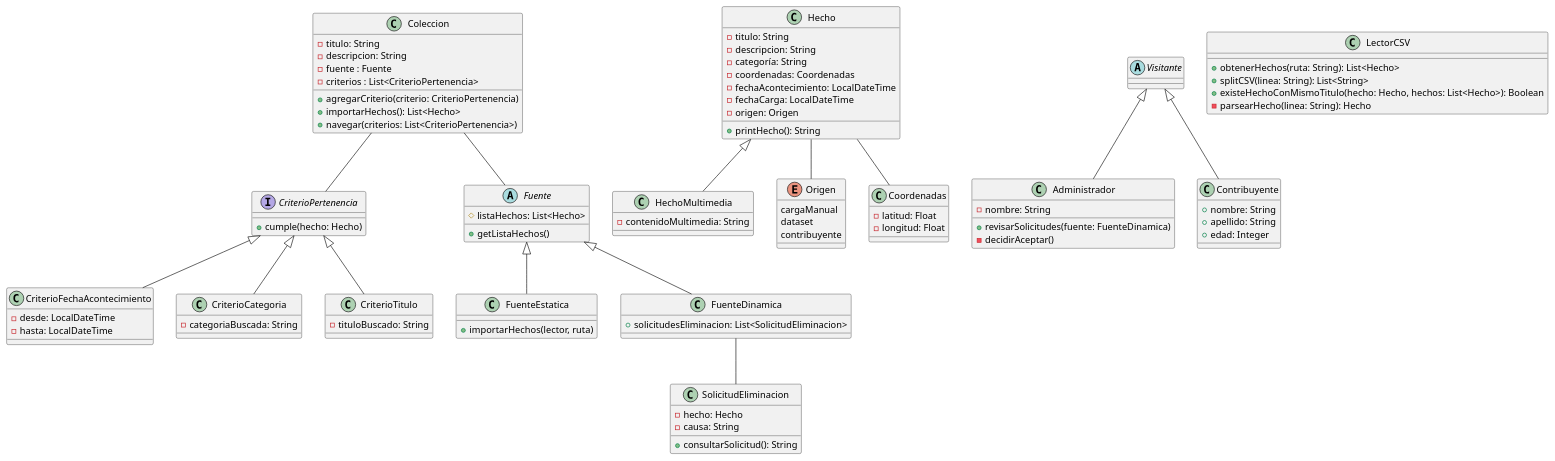
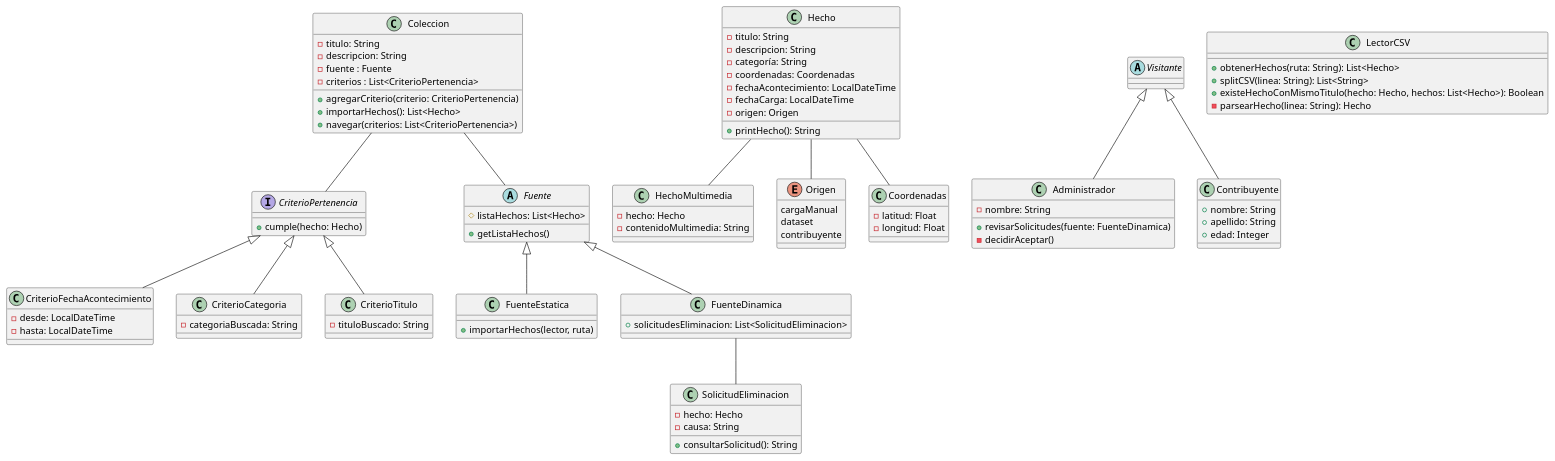
Before and after one commit to jotafabri/metamapa: the diagram in clases.puml, drawn with PlantUML.

Commit message:
Actualizado para que no tome herencia

```diff
--- a/clases.puml
+++ b/clases.puml
@@ -1,105 +1,107 @@
 @startuml
 'https://plantuml.com/class-diagram
 
 class Coleccion {
     - titulo: String
     - descripcion: String
     - fuente : Fuente
     - criterios : List<CriterioPertenencia>
     + agregarCriterio(criterio: CriterioPertenencia)
     + importarHechos(): List<Hecho>
     + navegar(criterios: List<CriterioPertenencia>)
 }
 
 interface CriterioPertenencia {
     + cumple(hecho: Hecho)
 }
 
 class CriterioFechaAcontecimiento extends CriterioPertenencia {
      - desde: LocalDateTime
      - hasta: LocalDateTime
 }
 
 class CriterioCategoria extends CriterioPertenencia {
     - categoriaBuscada: String
 }
 
 class CriterioTitulo extends CriterioPertenencia {
     - tituloBuscado: String
 }
 
 abstract Fuente {
     # listaHechos: List<Hecho>
     + getListaHechos()
 }
 
 class FuenteEstatica extends Fuente {
     + importarHechos(lector, ruta)
 }
 
 class FuenteDinamica extends Fuente {
     + solicitudesEliminacion: List<SolicitudEliminacion>
 }
 
 class Hecho {
     - titulo: String
     - descripcion: String
     - categoría: String
     - coordenadas: Coordenadas
     - fechaAcontecimiento: LocalDateTime
     - fechaCarga: LocalDateTime
     - origen: Origen
     + printHecho(): String
 }
 
-class HechoMultimedia extends Hecho {
-   - contenidoMultimedia: String
+class HechoMultimedia {
+    - hecho: Hecho
+    - contenidoMultimedia: String
 }
 
 enum Origen {
     cargaManual
     dataset
     contribuyente
 }
 
 class Coordenadas {
     - latitud: Float
     - longitud: Float
 }
 
 ' TODO:
 class SolicitudEliminacion {
     - hecho: Hecho
     - causa: String /'debe ser máximo 500 caracteres'/
     + consultarSolicitud(): String
 }
 
 abstract class Visitante {
 }
 
 class Administrador extends Visitante {
     - nombre: String
     + revisarSolicitudes(fuente: FuenteDinamica)
     - decidirAceptar()
 }
 
 class Contribuyente extends Visitante {
     + nombre: String
     + apellido: String
     + edad: Integer
 }
 
 class LectorCSV {
     + obtenerHechos(ruta: String): List<Hecho>
     + splitCSV(linea: String): List<String>
     + existeHechoConMismoTitulo(hecho: Hecho, hechos: List<Hecho>): Boolean
     - parsearHecho(linea: String): Hecho
 }
 
 Hecho -- Origen
 Hecho -- Coordenadas
+Hecho -- HechoMultimedia
 Coleccion -- Fuente
 Coleccion -- CriterioPertenencia
 FuenteDinamica -- SolicitudEliminacion
 
 @enduml
```
